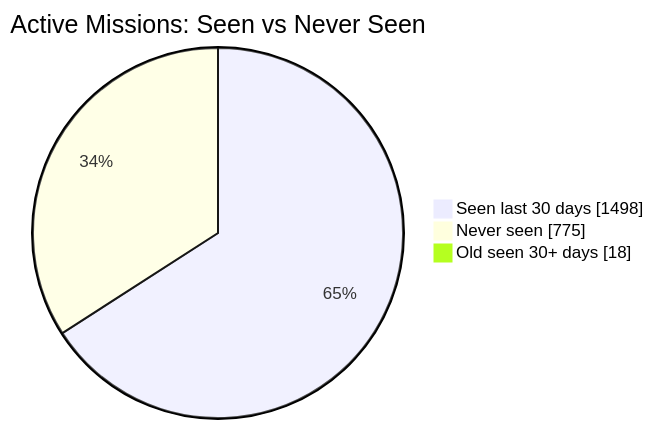
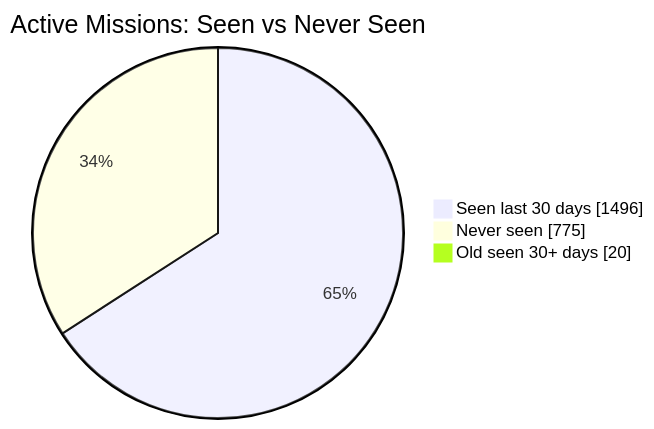
Before and after one commit to MeldkamerspelGameTeam/active-missions: the first of 2 diagrams in README.md, drawn with Mermaid. The commit also changed other lines of this file and 3 other files, not shown here.

````diff
--- a/README.md
+++ b/README.md
@@ -34,7 +34,7 @@
 ```mermaid
 pie showData
     title Active Missions: Seen vs Never Seen
-    "Seen last 30 days" : 1498
+    "Seen last 30 days" : 1496
     "Never seen" : 775
-    "Old seen 30+ days" : 18
+    "Old seen 30+ days" : 20
 ```
````
